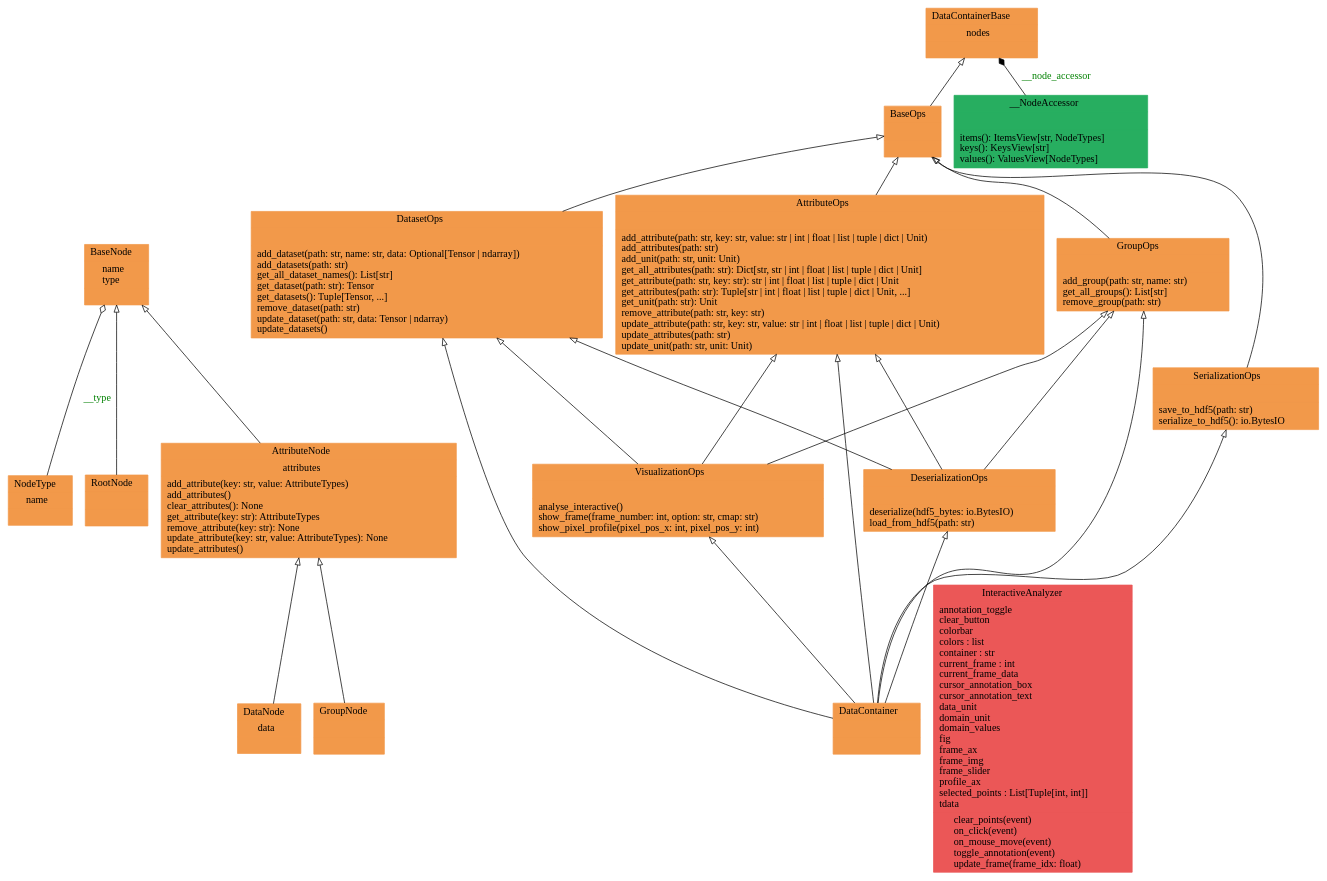
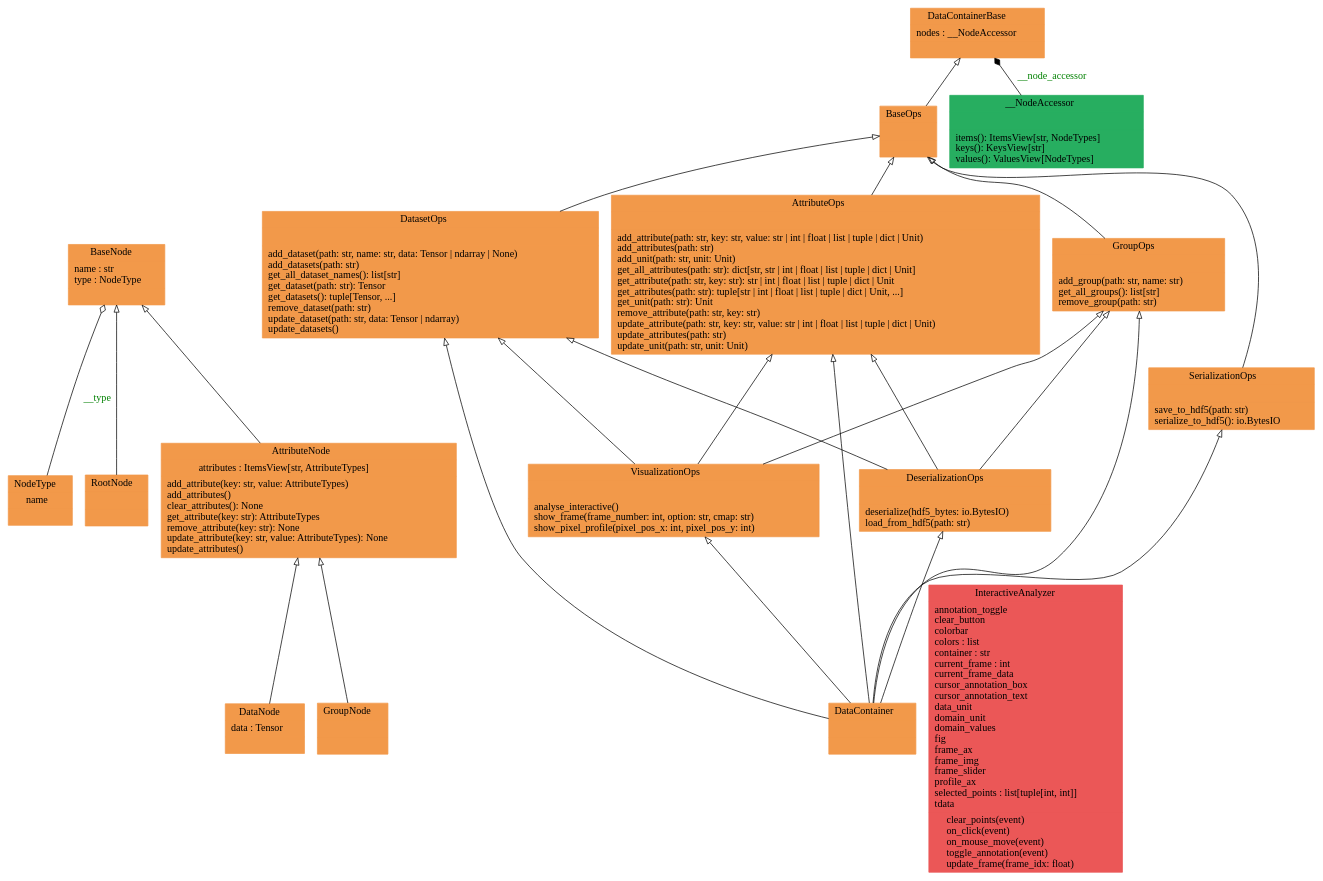
Before and after one commit to voidsy-gmbh/pyThermoNDT: the diagram in docs/pyreverse/graphviz/classes_pythermondt.data.datacontainer.gv, drawn with Graphviz. The commit also changed 17 other files, not shown here.

Commit message:
Update pyreverse diagrams (#54)

```diff
--- a/docs/pyreverse/graphviz/classes_pythermondt.data.datacontainer.gv
+++ b/docs/pyreverse/graphviz/classes_pythermondt.data.datacontainer.gv
@@ -1,44 +1,44 @@
 digraph "classes_pythermondt.data.datacontainer" {
 rankdir=BT
 charset="utf-8"
-"pythermondt.data.datacontainer.node.AttributeNode" [color="#F2994A", fontcolor="black", label=<{AttributeNode|attributes<br ALIGN="LEFT"/>|add_attribute(key: str, value: AttributeTypes)<br ALIGN="LEFT"/>add_attributes()<br ALIGN="LEFT"/>clear_attributes(): None<br ALIGN="LEFT"/>get_attribute(key: str): AttributeTypes<br ALIGN="LEFT"/>remove_attribute(key: str): None<br ALIGN="LEFT"/>update_attribute(key: str, value: AttributeTypes): None<br ALIGN="LEFT"/>update_attributes()<br ALIGN="LEFT"/>}>, shape="record", style="filled"];
-"pythermondt.data.datacontainer.attribute_ops.AttributeOps" [color="#F2994A", fontcolor="black", label=<{AttributeOps|<br ALIGN="LEFT"/>|add_attribute(path: str, key: str, value: str \| int \| float \| list \| tuple \| dict \| Unit)<br ALIGN="LEFT"/>add_attributes(path: str)<br ALIGN="LEFT"/>add_unit(path: str, unit: Unit)<br ALIGN="LEFT"/>get_all_attributes(path: str): Dict[str, str \| int \| float \| list \| tuple \| dict \| Unit]<br ALIGN="LEFT"/>get_attribute(path: str, key: str): str \| int \| float \| list \| tuple \| dict \| Unit<br ALIGN="LEFT"/>get_attributes(path: str): Tuple[str \| int \| float \| list \| tuple \| dict \| Unit, ...]<br ALIGN="LEFT"/>get_unit(path: str): Unit<br ALIGN="LEFT"/>remove_attribute(path: str, key: str)<br ALIGN="LEFT"/>update_attribute(path: str, key: str, value: str \| int \| float \| list \| tuple \| dict \| Unit)<br ALIGN="LEFT"/>update_attributes(path: str)<br ALIGN="LEFT"/>update_unit(path: str, unit: Unit)<br ALIGN="LEFT"/>}>, shape="record", style="filled"];
-"pythermondt.data.datacontainer.node.BaseNode" [color="#F2994A", fontcolor="black", label=<{BaseNode|name<br ALIGN="LEFT"/>type<br ALIGN="LEFT"/>|}>, shape="record", style="filled"];
+"pythermondt.data.datacontainer.node.AttributeNode" [color="#F2994A", fontcolor="black", label=<{AttributeNode|attributes : ItemsView[str, AttributeTypes]<br ALIGN="LEFT"/>|add_attribute(key: str, value: AttributeTypes)<br ALIGN="LEFT"/>add_attributes()<br ALIGN="LEFT"/>clear_attributes(): None<br ALIGN="LEFT"/>get_attribute(key: str): AttributeTypes<br ALIGN="LEFT"/>remove_attribute(key: str): None<br ALIGN="LEFT"/>update_attribute(key: str, value: AttributeTypes): None<br ALIGN="LEFT"/>update_attributes()<br ALIGN="LEFT"/>}>, shape="record", style="filled"];
+"pythermondt.data.datacontainer.attribute_ops.AttributeOps" [color="#F2994A", fontcolor="black", label=<{AttributeOps|<br ALIGN="LEFT"/>|add_attribute(path: str, key: str, value: str \| int \| float \| list \| tuple \| dict \| Unit)<br ALIGN="LEFT"/>add_attributes(path: str)<br ALIGN="LEFT"/>add_unit(path: str, unit: Unit)<br ALIGN="LEFT"/>get_all_attributes(path: str): dict[str, str \| int \| float \| list \| tuple \| dict \| Unit]<br ALIGN="LEFT"/>get_attribute(path: str, key: str): str \| int \| float \| list \| tuple \| dict \| Unit<br ALIGN="LEFT"/>get_attributes(path: str): tuple[str \| int \| float \| list \| tuple \| dict \| Unit, ...]<br ALIGN="LEFT"/>get_unit(path: str): Unit<br ALIGN="LEFT"/>remove_attribute(path: str, key: str)<br ALIGN="LEFT"/>update_attribute(path: str, key: str, value: str \| int \| float \| list \| tuple \| dict \| Unit)<br ALIGN="LEFT"/>update_attributes(path: str)<br ALIGN="LEFT"/>update_unit(path: str, unit: Unit)<br ALIGN="LEFT"/>}>, shape="record", style="filled"];
+"pythermondt.data.datacontainer.node.BaseNode" [color="#F2994A", fontcolor="black", label=<{BaseNode|name : str<br ALIGN="LEFT"/>type : NodeType<br ALIGN="LEFT"/>|}>, shape="record", style="filled"];
 "pythermondt.data.datacontainer.base.BaseOps" [color="#F2994A", fontcolor="black", label=<{BaseOps|<br ALIGN="LEFT"/>|}>, shape="record", style="filled"];
 "pythermondt.data.datacontainer.core.DataContainer" [color="#F2994A", fontcolor="black", label=<{DataContainer|<br ALIGN="LEFT"/>|}>, shape="record", style="filled"];
-"pythermondt.data.datacontainer.base.DataContainerBase" [color="#F2994A", fontcolor="black", label=<{DataContainerBase|nodes<br ALIGN="LEFT"/>|}>, shape="record", style="filled"];
-"pythermondt.data.datacontainer.node.DataNode" [color="#F2994A", fontcolor="black", label=<{DataNode|data<br ALIGN="LEFT"/>|}>, shape="record", style="filled"];
-"pythermondt.data.datacontainer.dataset_ops.DatasetOps" [color="#F2994A", fontcolor="black", label=<{DatasetOps|<br ALIGN="LEFT"/>|add_dataset(path: str, name: str, data: Optional[Tensor \| ndarray])<br ALIGN="LEFT"/>add_datasets(path: str)<br ALIGN="LEFT"/>get_all_dataset_names(): List[str]<br ALIGN="LEFT"/>get_dataset(path: str): Tensor<br ALIGN="LEFT"/>get_datasets(): Tuple[Tensor, ...]<br ALIGN="LEFT"/>remove_dataset(path: str)<br ALIGN="LEFT"/>update_dataset(path: str, data: Tensor \| ndarray)<br ALIGN="LEFT"/>update_datasets()<br ALIGN="LEFT"/>}>, shape="record", style="filled"];
+"pythermondt.data.datacontainer.base.DataContainerBase" [color="#F2994A", fontcolor="black", label=<{DataContainerBase|nodes : __NodeAccessor<br ALIGN="LEFT"/>|}>, shape="record", style="filled"];
+"pythermondt.data.datacontainer.node.DataNode" [color="#F2994A", fontcolor="black", label=<{DataNode|data : Tensor<br ALIGN="LEFT"/>|}>, shape="record", style="filled"];
+"pythermondt.data.datacontainer.dataset_ops.DatasetOps" [color="#F2994A", fontcolor="black", label=<{DatasetOps|<br ALIGN="LEFT"/>|add_dataset(path: str, name: str, data: Tensor \| ndarray \| None)<br ALIGN="LEFT"/>add_datasets(path: str)<br ALIGN="LEFT"/>get_all_dataset_names(): list[str]<br ALIGN="LEFT"/>get_dataset(path: str): Tensor<br ALIGN="LEFT"/>get_datasets(): tuple[Tensor, ...]<br ALIGN="LEFT"/>remove_dataset(path: str)<br ALIGN="LEFT"/>update_dataset(path: str, data: Tensor \| ndarray)<br ALIGN="LEFT"/>update_datasets()<br ALIGN="LEFT"/>}>, shape="record", style="filled"];
 "pythermondt.data.datacontainer.serialization_ops.DeserializationOps" [color="#F2994A", fontcolor="black", label=<{DeserializationOps|<br ALIGN="LEFT"/>|deserialize(hdf5_bytes: io.BytesIO)<br ALIGN="LEFT"/>load_from_hdf5(path: str)<br ALIGN="LEFT"/>}>, shape="record", style="filled"];
 "pythermondt.data.datacontainer.node.GroupNode" [color="#F2994A", fontcolor="black", label=<{GroupNode|<br ALIGN="LEFT"/>|}>, shape="record", style="filled"];
-"pythermondt.data.datacontainer.group_ops.GroupOps" [color="#F2994A", fontcolor="black", label=<{GroupOps|<br ALIGN="LEFT"/>|add_group(path: str, name: str)<br ALIGN="LEFT"/>get_all_groups(): List[str]<br ALIGN="LEFT"/>remove_group(path: str)<br ALIGN="LEFT"/>}>, shape="record", style="filled"];
-"pythermondt.data.datacontainer.visualization_ops.VisualizationOps.InteractiveAnalyzer" [color="#EB5757", fontcolor="black", label=<{InteractiveAnalyzer|annotation_toggle<br ALIGN="LEFT"/>clear_button<br ALIGN="LEFT"/>colorbar<br ALIGN="LEFT"/>colors : list<br ALIGN="LEFT"/>container : str<br ALIGN="LEFT"/>current_frame : int<br ALIGN="LEFT"/>current_frame_data<br ALIGN="LEFT"/>cursor_annotation_box<br ALIGN="LEFT"/>cursor_annotation_text<br ALIGN="LEFT"/>data_unit<br ALIGN="LEFT"/>domain_unit<br ALIGN="LEFT"/>domain_values<br ALIGN="LEFT"/>fig<br ALIGN="LEFT"/>frame_ax<br ALIGN="LEFT"/>frame_img<br ALIGN="LEFT"/>frame_slider<br ALIGN="LEFT"/>profile_ax<br ALIGN="LEFT"/>selected_points : List[Tuple[int, int]]<br ALIGN="LEFT"/>tdata<br ALIGN="LEFT"/>|clear_points(event)<br ALIGN="LEFT"/>on_click(event)<br ALIGN="LEFT"/>on_mouse_move(event)<br ALIGN="LEFT"/>toggle_annotation(event)<br ALIGN="LEFT"/>update_frame(frame_idx: float)<br ALIGN="LEFT"/>}>, shape="record", style="filled"];
+"pythermondt.data.datacontainer.group_ops.GroupOps" [color="#F2994A", fontcolor="black", label=<{GroupOps|<br ALIGN="LEFT"/>|add_group(path: str, name: str)<br ALIGN="LEFT"/>get_all_groups(): list[str]<br ALIGN="LEFT"/>remove_group(path: str)<br ALIGN="LEFT"/>}>, shape="record", style="filled"];
+"pythermondt.data.datacontainer.visualization_ops.VisualizationOps.InteractiveAnalyzer" [color="#EB5757", fontcolor="black", label=<{InteractiveAnalyzer|annotation_toggle<br ALIGN="LEFT"/>clear_button<br ALIGN="LEFT"/>colorbar<br ALIGN="LEFT"/>colors : list<br ALIGN="LEFT"/>container : str<br ALIGN="LEFT"/>current_frame : int<br ALIGN="LEFT"/>current_frame_data<br ALIGN="LEFT"/>cursor_annotation_box<br ALIGN="LEFT"/>cursor_annotation_text<br ALIGN="LEFT"/>data_unit<br ALIGN="LEFT"/>domain_unit<br ALIGN="LEFT"/>domain_values<br ALIGN="LEFT"/>fig<br ALIGN="LEFT"/>frame_ax<br ALIGN="LEFT"/>frame_img<br ALIGN="LEFT"/>frame_slider<br ALIGN="LEFT"/>profile_ax<br ALIGN="LEFT"/>selected_points : list[tuple[int, int]]<br ALIGN="LEFT"/>tdata<br ALIGN="LEFT"/>|clear_points(event)<br ALIGN="LEFT"/>on_click(event)<br ALIGN="LEFT"/>on_mouse_move(event)<br ALIGN="LEFT"/>toggle_annotation(event)<br ALIGN="LEFT"/>update_frame(frame_idx: float)<br ALIGN="LEFT"/>}>, shape="record", style="filled"];
 "pythermondt.data.datacontainer.node.NodeType" [color="#F2994A", fontcolor="black", label=<{NodeType|name<br ALIGN="LEFT"/>|}>, shape="record", style="filled"];
 "pythermondt.data.datacontainer.node.RootNode" [color="#F2994A", fontcolor="black", label=<{RootNode|<br ALIGN="LEFT"/>|}>, shape="record", style="filled"];
 "pythermondt.data.datacontainer.serialization_ops.SerializationOps" [color="#F2994A", fontcolor="black", label=<{SerializationOps|<br ALIGN="LEFT"/>|save_to_hdf5(path: str)<br ALIGN="LEFT"/>serialize_to_hdf5(): io.BytesIO<br ALIGN="LEFT"/>}>, shape="record", style="filled"];
 "pythermondt.data.datacontainer.visualization_ops.VisualizationOps" [color="#F2994A", fontcolor="black", label=<{VisualizationOps|<br ALIGN="LEFT"/>|analyse_interactive()<br ALIGN="LEFT"/>show_frame(frame_number: int, option: str, cmap: str)<br ALIGN="LEFT"/>show_pixel_profile(pixel_pos_x: int, pixel_pos_y: int)<br ALIGN="LEFT"/>}>, shape="record", style="filled"];
 "pythermondt.data.datacontainer.base.DataContainerBase.__NodeAccessor" [color="#27AE60", fontcolor="black", label=<{__NodeAccessor|<br ALIGN="LEFT"/>|items(): ItemsView[str, NodeTypes]<br ALIGN="LEFT"/>keys(): KeysView[str]<br ALIGN="LEFT"/>values(): ValuesView[NodeTypes]<br ALIGN="LEFT"/>}>, shape="record", style="filled"];
 "pythermondt.data.datacontainer.attribute_ops.AttributeOps" -> "pythermondt.data.datacontainer.base.BaseOps" [arrowhead="empty", arrowtail="none"];
 "pythermondt.data.datacontainer.base.BaseOps" -> "pythermondt.data.datacontainer.base.DataContainerBase" [arrowhead="empty", arrowtail="none"];
 "pythermondt.data.datacontainer.core.DataContainer" -> "pythermondt.data.datacontainer.attribute_ops.AttributeOps" [arrowhead="empty", arrowtail="none"];
 "pythermondt.data.datacontainer.core.DataContainer" -> "pythermondt.data.datacontainer.dataset_ops.DatasetOps" [arrowhead="empty", arrowtail="none"];
 "pythermondt.data.datacontainer.core.DataContainer" -> "pythermondt.data.datacontainer.group_ops.GroupOps" [arrowhead="empty", arrowtail="none"];
 "pythermondt.data.datacontainer.core.DataContainer" -> "pythermondt.data.datacontainer.serialization_ops.DeserializationOps" [arrowhead="empty", arrowtail="none"];
 "pythermondt.data.datacontainer.core.DataContainer" -> "pythermondt.data.datacontainer.serialization_ops.SerializationOps" [arrowhead="empty", arrowtail="none"];
 "pythermondt.data.datacontainer.core.DataContainer" -> "pythermondt.data.datacontainer.visualization_ops.VisualizationOps" [arrowhead="empty", arrowtail="none"];
 "pythermondt.data.datacontainer.dataset_ops.DatasetOps" -> "pythermondt.data.datacontainer.base.BaseOps" [arrowhead="empty", arrowtail="none"];
 "pythermondt.data.datacontainer.group_ops.GroupOps" -> "pythermondt.data.datacontainer.base.BaseOps" [arrowhead="empty", arrowtail="none"];
 "pythermondt.data.datacontainer.node.AttributeNode" -> "pythermondt.data.datacontainer.node.BaseNode" [arrowhead="empty", arrowtail="none"];
 "pythermondt.data.datacontainer.node.DataNode" -> "pythermondt.data.datacontainer.node.AttributeNode" [arrowhead="empty", arrowtail="none"];
 "pythermondt.data.datacontainer.node.GroupNode" -> "pythermondt.data.datacontainer.node.AttributeNode" [arrowhead="empty", arrowtail="none"];
 "pythermondt.data.datacontainer.node.RootNode" -> "pythermondt.data.datacontainer.node.BaseNode" [arrowhead="empty", arrowtail="none"];
 "pythermondt.data.datacontainer.serialization_ops.DeserializationOps" -> "pythermondt.data.datacontainer.attribute_ops.AttributeOps" [arrowhead="empty", arrowtail="none"];
 "pythermondt.data.datacontainer.serialization_ops.DeserializationOps" -> "pythermondt.data.datacontainer.dataset_ops.DatasetOps" [arrowhead="empty", arrowtail="none"];
 "pythermondt.data.datacontainer.serialization_ops.DeserializationOps" -> "pythermondt.data.datacontainer.group_ops.GroupOps" [arrowhead="empty", arrowtail="none"];
 "pythermondt.data.datacontainer.serialization_ops.SerializationOps" -> "pythermondt.data.datacontainer.base.BaseOps" [arrowhead="empty", arrowtail="none"];
 "pythermondt.data.datacontainer.visualization_ops.VisualizationOps" -> "pythermondt.data.datacontainer.attribute_ops.AttributeOps" [arrowhead="empty", arrowtail="none"];
 "pythermondt.data.datacontainer.visualization_ops.VisualizationOps" -> "pythermondt.data.datacontainer.dataset_ops.DatasetOps" [arrowhead="empty", arrowtail="none"];
 "pythermondt.data.datacontainer.visualization_ops.VisualizationOps" -> "pythermondt.data.datacontainer.group_ops.GroupOps" [arrowhead="empty", arrowtail="none"];
 "pythermondt.data.datacontainer.base.DataContainerBase.__NodeAccessor" -> "pythermondt.data.datacontainer.base.DataContainerBase" [arrowhead="diamond", arrowtail="none", fontcolor="green", label="__node_accessor", style="solid"];
 "pythermondt.data.datacontainer.node.NodeType" -> "pythermondt.data.datacontainer.node.BaseNode" [arrowhead="odiamond", arrowtail="none", fontcolor="green", label="__type", style="solid"];
 }
```
